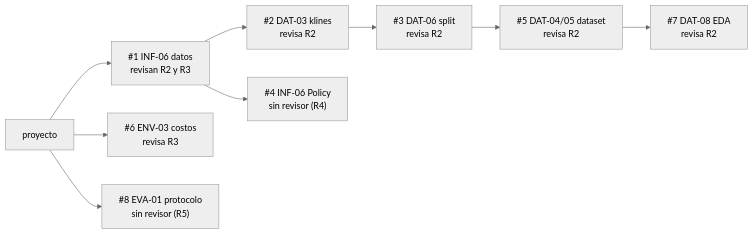
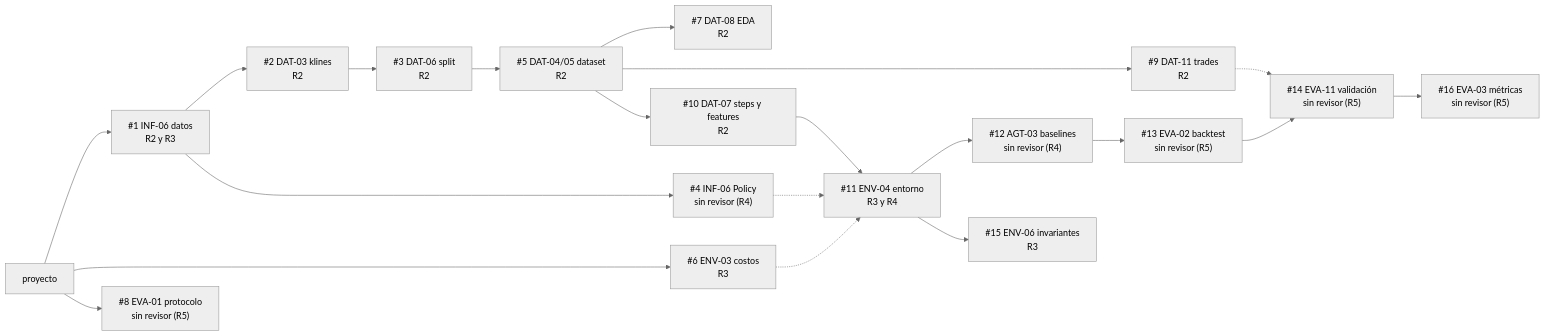
Before and after one commit to donmatthiuz/RL: the first of 3 diagrams in docs/04_tareas.md, drawn with Mermaid (neutral theme). The commit also changed other lines of this file, not shown here.

First line of the commit message:
docs: tablero con los PR del entorno, los baselines y la evaluación

````diff
--- a/docs/04_tareas.md
+++ b/docs/04_tareas.md
@@ -27,9 +28,16 @@
 ```mermaid
 flowchart LR
-    P["proyecto"] --> PR1["#1 INF-06 datos<br/>revisan R2 y R3"]
-    PR1 --> PR2["#2 DAT-03 klines<br/>revisa R2"] --> PR3["#3 DAT-06 split<br/>revisa R2"] --> PR5["#5 DAT-04/05 dataset<br/>revisa R2"]
+    P["proyecto"] --> PR1["#1 INF-06 datos<br/>R2 y R3"]
+    PR1 --> PR2["#2 DAT-03 klines<br/>R2"] --> PR3["#3 DAT-06 split<br/>R2"] --> PR5["#5 DAT-04/05 dataset<br/>R2"]
     PR1 --> PR4["#4 INF-06 Policy<br/>sin revisor (R4)"]
-    P --> PR6["#6 ENV-03 costos<br/>revisa R3"]
-    PR5 --> PR7["#7 DAT-08 EDA<br/>revisa R2"]
+    P --> PR6["#6 ENV-03 costos<br/>R3"]
     P --> PR8["#8 EVA-01 protocolo<br/>sin revisor (R5)"]
+    PR5 --> PR7["#7 DAT-08 EDA<br/>R2"]
+    PR5 --> PR9["#9 DAT-11 trades<br/>R2"]
+    PR5 --> PR10["#10 DAT-07 steps y features<br/>R2"] --> PR11["#11 ENV-04 entorno<br/>R3 y R4"]
+    PR4 -.-> PR11
+    PR6 -.-> PR11
+    PR11 --> PR12["#12 AGT-03 baselines<br/>sin revisor (R4)"] --> PR13["#13 EVA-02 backtest<br/>sin revisor (R5)"] --> PR14["#14 EVA-11 validación<br/>sin revisor (R5)"] --> PR16["#16 EVA-03 métricas<br/>sin revisor (R5)"]
+    PR9 -.-> PR14
+    PR11 --> PR15["#15 ENV-06 invariantes<br/>R3"]
 ```
````
